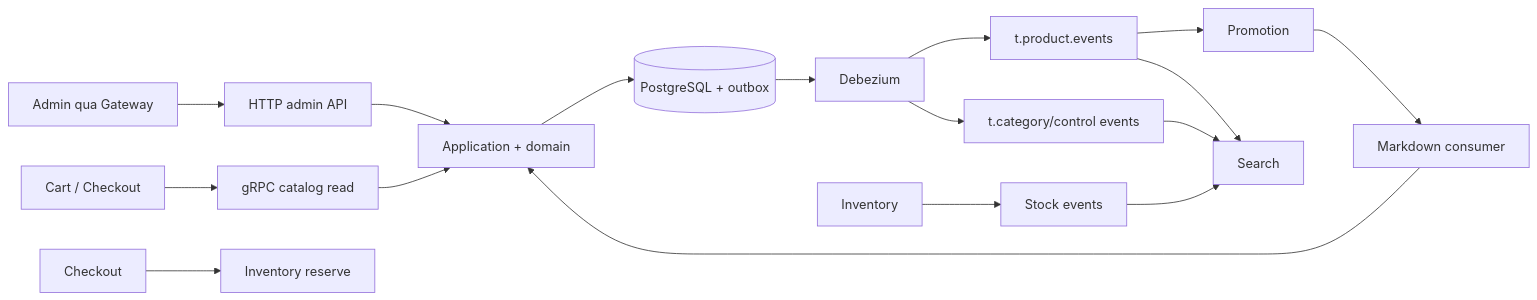
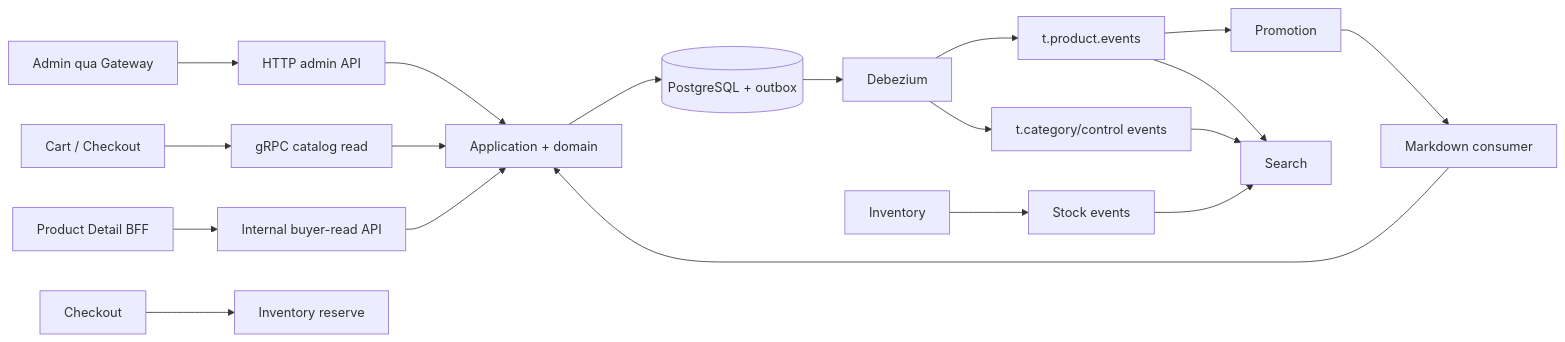
One commit to quangdung2110/e-commerce-microservices changed the diagram in docs/product/architecture.md. Above: the diagram before and after it, drawn with Mermaid. The commit also changed other lines of this file and 39 other files, not shown here.

First line of the commit message:
docs(pdp): define inventory-backed product detail read model

````diff
--- a/docs/product/architecture.md
+++ b/docs/product/architecture.md
@@ -14,19 +14,21 @@
 ```mermaid
 flowchart LR
   ADMIN[Admin qua Gateway] --> HTTP[HTTP admin API]
   CART[Cart / Checkout] --> GRPC[gRPC catalog read]
+  PDP[Product Detail BFF] --> PDR[Internal buyer-read API]
   PROMOTION[Promotion] --> MK[Markdown consumer]
   HTTP --> APP[Application + domain]
   GRPC --> APP
+  PDR --> APP
   MK --> APP
   APP --> PG[(PostgreSQL + outbox)]
   PG --> DBZ[Debezium]
   DBZ --> PE[t.product.events]
   DBZ --> CE[t.category/control events]
   PE --> SEARCH[Search]
   PE --> PROMOTION
   CE --> SEARCH
   INVENTORY[Inventory] --> IE[Stock events]
   IE --> SEARCH
   CHECKOUT[Checkout] --> RESERVE[Inventory reserve]
 ```
````
